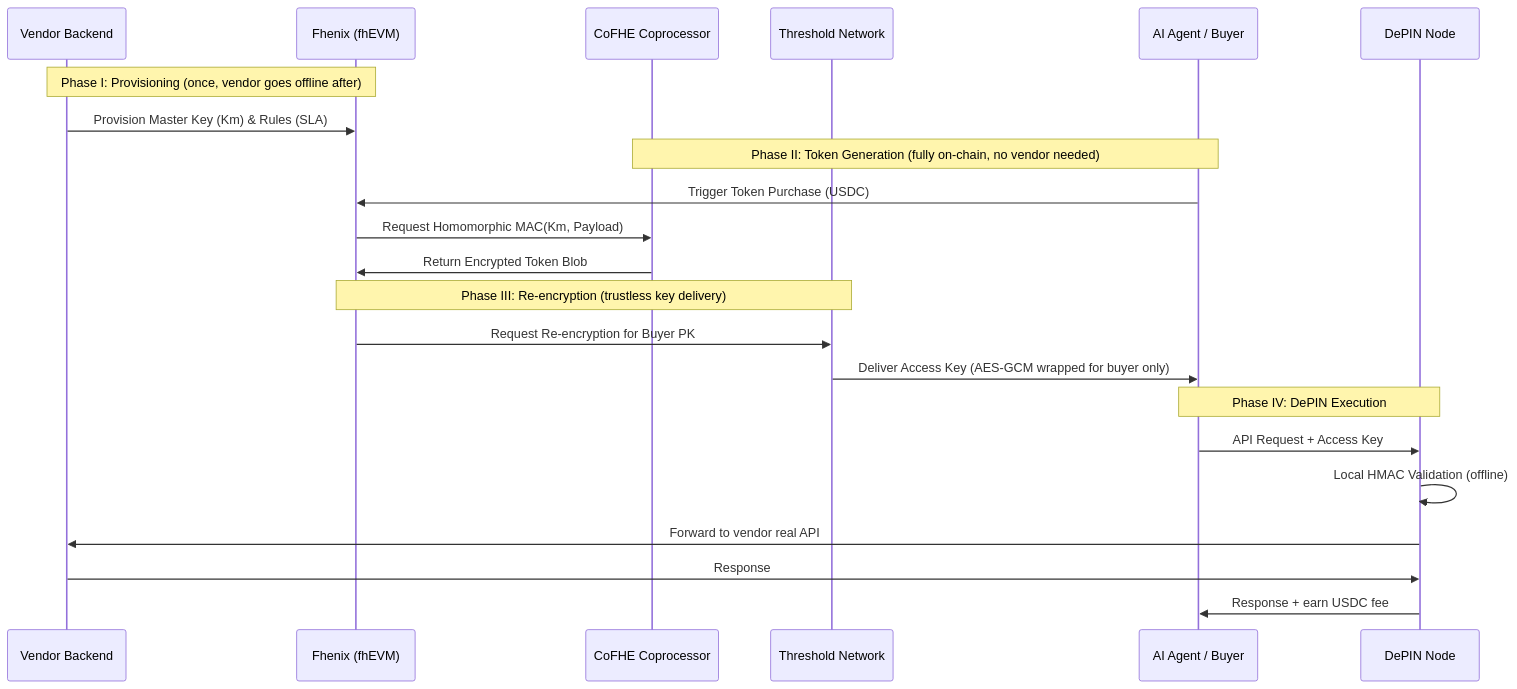
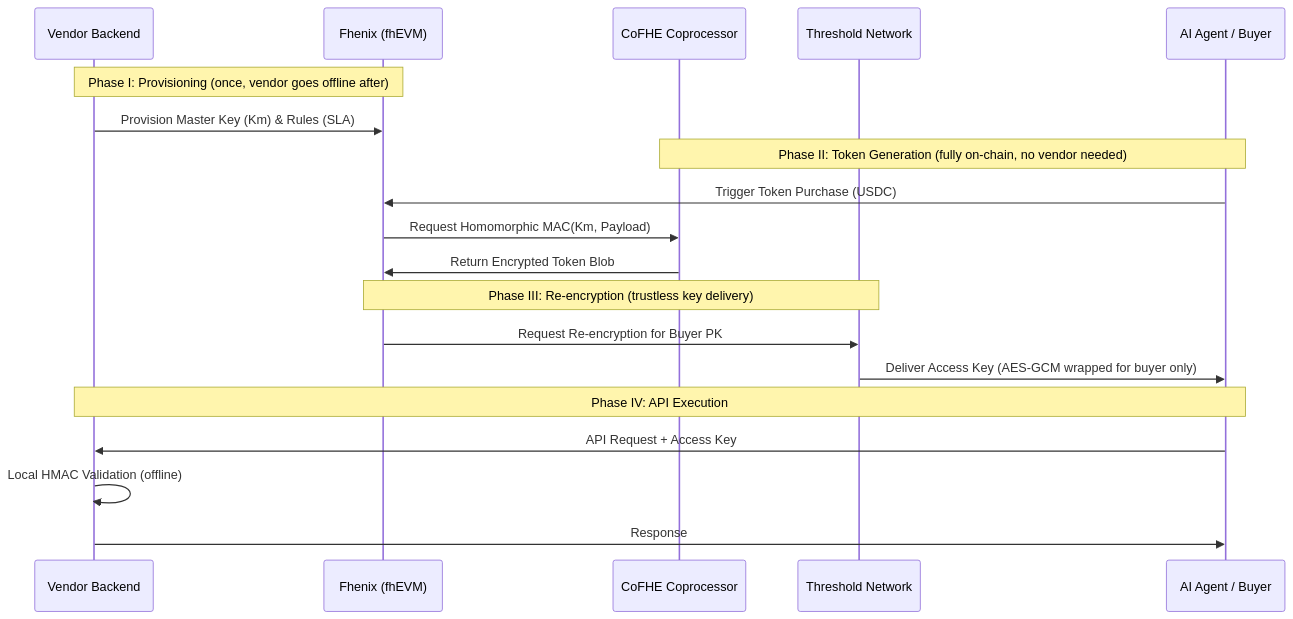
Before and after one commit to imajus/fhe402: the diagram in docs/Specification.md, drawn with Mermaid. The commit also changed other lines of this file, not shown here.

Commit message:
Remove DePIN proxy references from specification.

````diff
--- a/docs/Specification.md
+++ b/docs/Specification.md
@@ -104,28 +99,26 @@
 ```mermaid
 sequenceDiagram
     participant V as Vendor Backend
     participant BC as Fhenix (fhEVM)
     participant CP as CoFHE Coprocessor
     participant TSN as Threshold Network
     participant A as AI Agent / Buyer
-    participant D as DePIN Node
+
 
     Note over V, BC: Phase I: Provisioning (once, vendor goes offline after)
     V->>BC: Provision Master Key (Km) & Rules (SLA)
     
     Note over A, CP: Phase II: Token Generation (fully on-chain, no vendor needed)
     A->>BC: Trigger Token Purchase (USDC)
     BC->>CP: Request Homomorphic MAC(Km, Payload)
     CP->>BC: Return Encrypted Token Blob
     
     Note over BC, TSN: Phase III: Re-encryption (trustless key delivery)
     BC->>TSN: Request Re-encryption for Buyer PK
     TSN->>A: Deliver Access Key (AES-GCM wrapped for buyer only)
     
-    Note over A, D: Phase IV: DePIN Execution
-    A->>D: API Request + Access Key
-    D->>D: Local HMAC Validation (offline)
-    D->>V: Forward to vendor real API
-    V->>D: Response
-    D->>A: Response + earn USDC fee
+    Note over A, V: Phase IV: API Execution
+    A->>V: API Request + Access Key
+    V->>V: Local HMAC Validation (offline)
+    V->>A: Response
 ```
````
